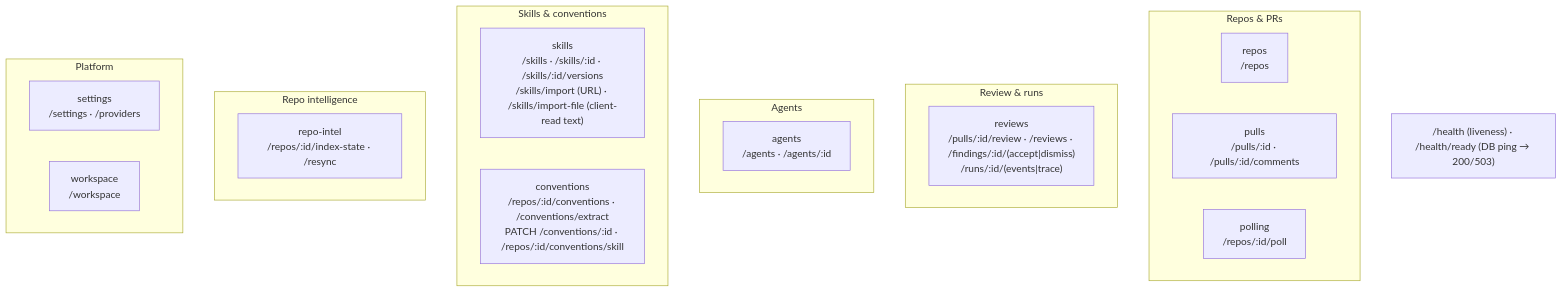
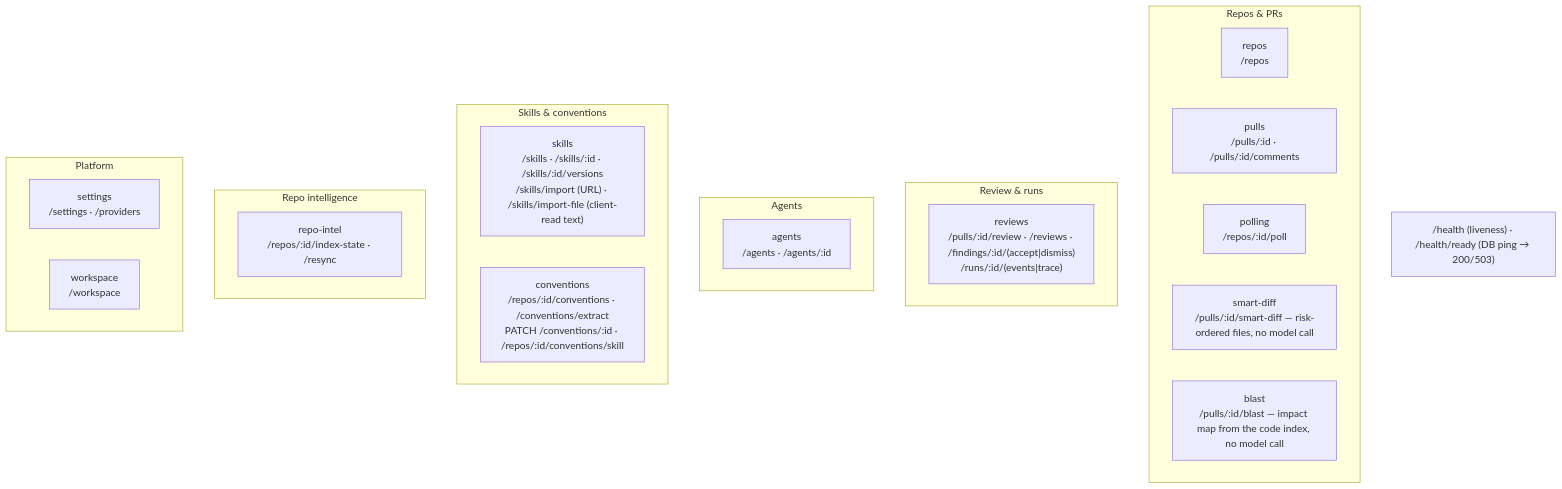
One commit to AIengineerDev/dev-digest changed the second of 2 diagrams in server/README.md. Above: the diagram before and after it, drawn with Mermaid. The commit also changed 39 other files, not shown here.

First line of the commit message:
feat(blast): PR impact map — route, Overview card, MCP tool

````diff
--- a/server/README.md
+++ b/server/README.md
@@ -64,26 +64,28 @@
 ```mermaid
 flowchart TB
   subgraph Repos_PRs["Repos & PRs"]
     repos["repos<br/>/repos"]
     pulls["pulls<br/>/pulls/:id · /pulls/:id/comments"]
     polling["polling<br/>/repos/:id/poll"]
+    smartDiff["smart-diff<br/>/pulls/:id/smart-diff — risk-ordered files, no model call"]
+    blast["blast<br/>/pulls/:id/blast — impact map from the code index, no model call"]
   end
   subgraph Review["Review & runs"]
     reviews["reviews<br/>/pulls/:id/review · /reviews · /findings/:id/(accept|dismiss)<br/>/runs/:id/(events|trace)"]
   end
   subgraph Agents["Agents"]
     agents["agents<br/>/agents · /agents/:id"]
   end
   subgraph Knowledge["Skills & conventions"]
     skills["skills<br/>/skills · /skills/:id · /skills/:id/versions<br/>/skills/import (URL) · /skills/import-file (client-read text)"]
     conventions["conventions<br/>/repos/:id/conventions · /conventions/extract<br/>PATCH /conventions/:id · /repos/:id/conventions/skill"]
   end
   subgraph Intel["Repo intelligence"]
     repoIntel["repo-intel<br/>/repos/:id/index-state · /resync"]
   end
   subgraph Platform["Platform"]
     settings["settings<br/>/settings · /providers"]
     workspace["workspace<br/>/workspace"]
   end
   HEALTH["/health (liveness) · /health/ready (DB ping → 200/503)"]
 ```
````
